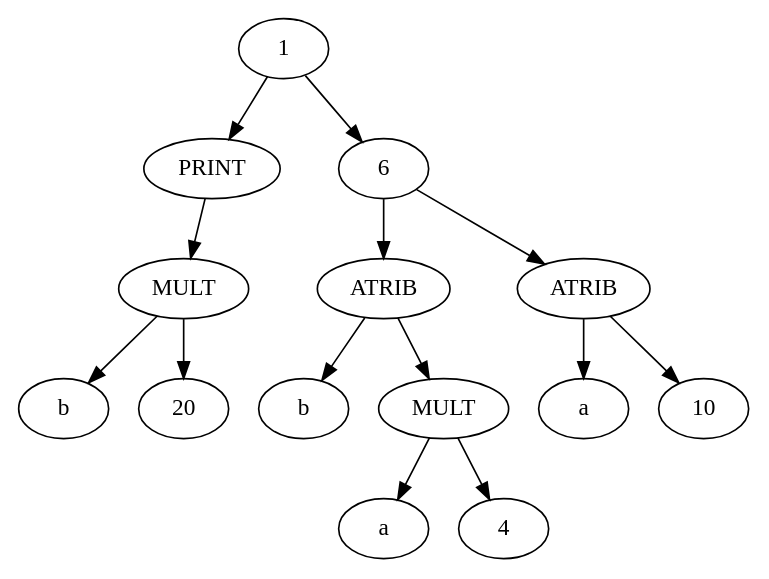
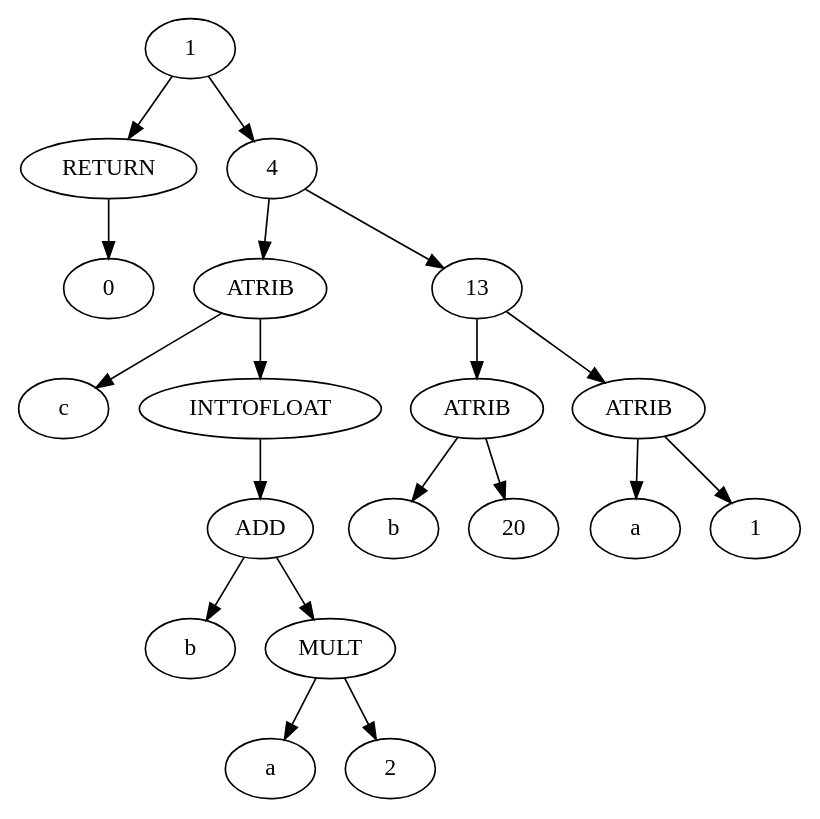
Before and after one commit to Kanchii/COM: the diagram in graph.dot, drawn with Graphviz. The commit also changed 7 other files, not shown here.

```diff
--- a/graph.dot
+++ b/graph.dot
@@ -1,27 +1,36 @@
 digraph G {
-	2 [label = "PRINT"];
-	3 [label = "MULT"];
-	4 [label = "b"];
-	5 [label = "20"];
-	7 [label = "ATRIB"];
-	8 [label = "b"];
-	9 [label = "MULT"];
-	10 [label = "a"];
-	11 [label = "4"];
-	12 [label = "ATRIB"];
-	13 [label = "a"];
-	14 [label = "10"];
+	2 [label = "RETURN"];
+	3 [label = "0"];
+	5 [label = "ATRIB"];
+	6 [label = "c"];
+	7 [label = "INTTOFLOAT"];
+	8 [label = "ADD"];
+	9 [label = "b"];
+	10 [label = "MULT"];
+	11 [label = "a"];
+	12 [label = "2"];
+	14 [label = "ATRIB"];
+	15 [label = "b"];
+	16 [label = "20"];
+	17 [label = "ATRIB"];
+	18 [label = "a"];
+	19 [label = "1"];
 	1 -> 2;
 	2 -> 3;
-	3 -> 4;
-	3 -> 5;
-	1 -> 6;
-	6 -> 7;
+	1 -> 4;
+	4 -> 5;
+	5 -> 6;
+	5 -> 7;
 	7 -> 8;
-	7 -> 9;
-	9 -> 10;
-	9 -> 11;
-	6 -> 12;
-	12 -> 13;
-	12 -> 14;
+	8 -> 9;
+	8 -> 10;
+	10 -> 11;
+	10 -> 12;
+	4 -> 13;
+	13 -> 14;
+	14 -> 15;
+	14 -> 16;
+	13 -> 17;
+	17 -> 18;
+	17 -> 19;
 }
```
